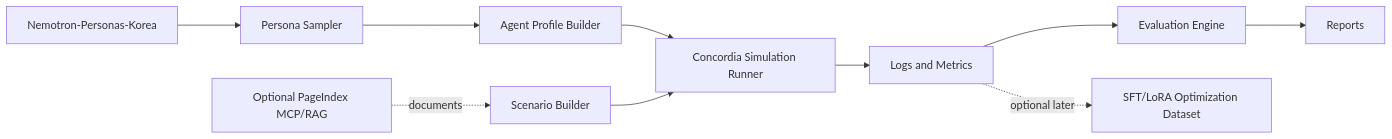
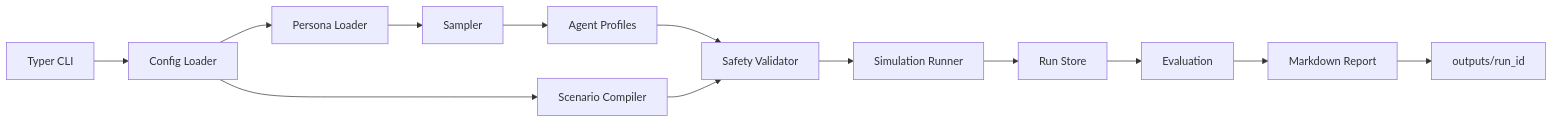
Before and after one commit to Topabaem05/Argus: the diagram in README.md, drawn with Mermaid. The commit also changed other lines of this file and 140 other files, not shown here.

Commit message:
Complete Argus Unity bridge and persona simulation plan

````diff
--- a/README.md
+++ b/README.md
@@ -40,12 +40,15 @@
 ```mermaid
 flowchart LR
-    A[Nemotron-Personas-Korea] --> B[Persona Sampler]
-    B --> C[Agent Profile Builder]
-    D[Optional PageIndex MCP/RAG] -. documents .-> E[Scenario Builder]
-    C --> F[Concordia Simulation Runner]
-    E --> F
-    F --> G[Logs and Metrics]
-    G --> H[Evaluation Engine]
-    H --> I[Reports]
-    G -. optional later .-> J[SFT/LoRA Optimization Dataset]
+    CLI[Typer CLI] --> Config[Config Loader]
+    Config --> Loader[Persona Loader]
+    Loader --> Sampler[Sampler]
+    Sampler --> Profiles[Agent Profiles]
+    Config --> Scenario[Scenario Compiler]
+    Profiles --> Safety[Safety Validator]
+    Scenario --> Safety
+    Safety --> Runner[Simulation Runner]
+    Runner --> Store[Run Store]
+    Store --> Eval[Evaluation]
+    Eval --> Report[Markdown Report]
+    Report --> Artifacts[outputs/run_id]
 ```
````
